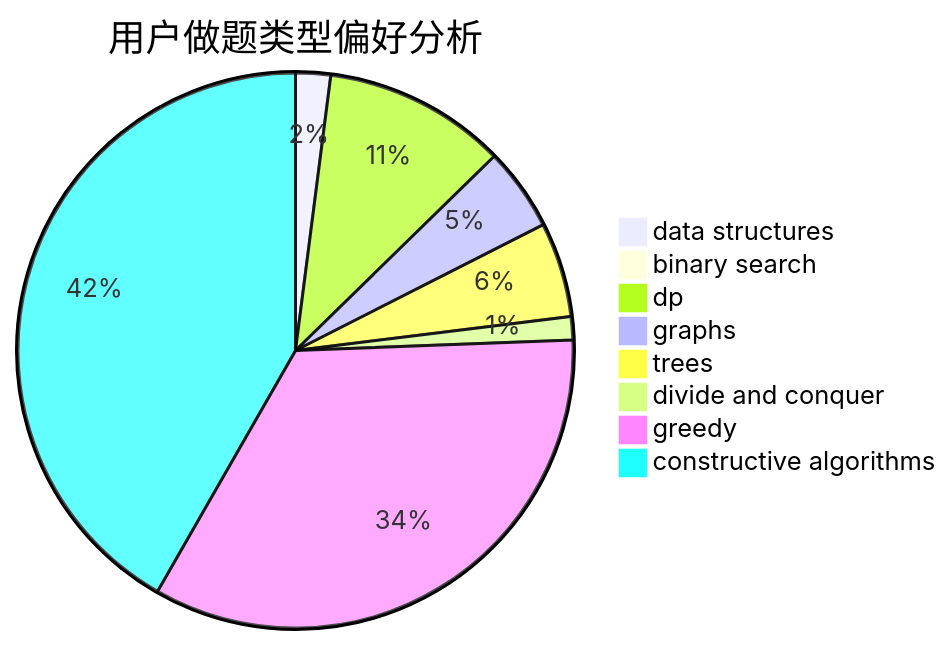
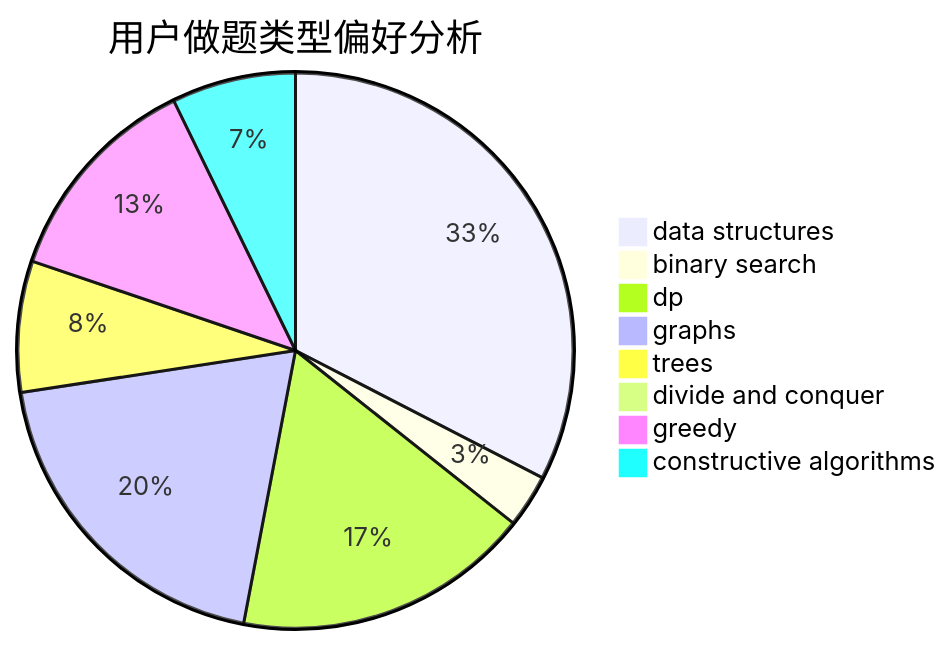
The second of 3 diagrams in docs/user/u705.md (sherpahu/cfrs.github.io), drawn with Mermaid before and after one commit. The commit also changed other lines of this file and 2770 other files, not shown here.

````diff
--- a/docs/user/u705.md
+++ b/docs/user/u705.md
@@ -23,11 +23,11 @@
 ```mermaid
 pie title 用户做题类型偏好分析
-    "data structures" :  21
-    "binary search" :  1
-    "dp" :  110
-    "graphs" :  50
-    "trees" :  57
-    "divide and conquer" :  14
-    "greedy" :  350
-    "constructive algorithms" :  431
+    "data structures" :  158
+    "binary search" :  15
+    "dp" :  84
+    "graphs" :  95
+    "trees" :  37
+    "divide and conquer" :  1
+    "greedy" :  61
+    "constructive algorithms" :  35
 ```
````
